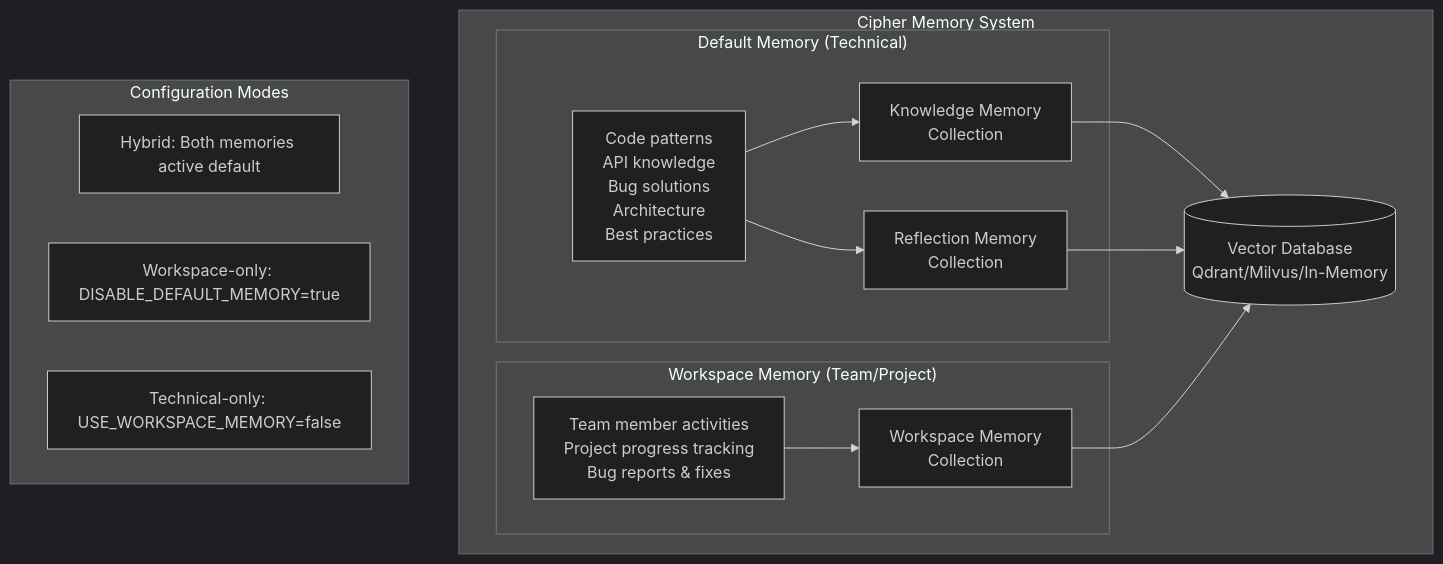
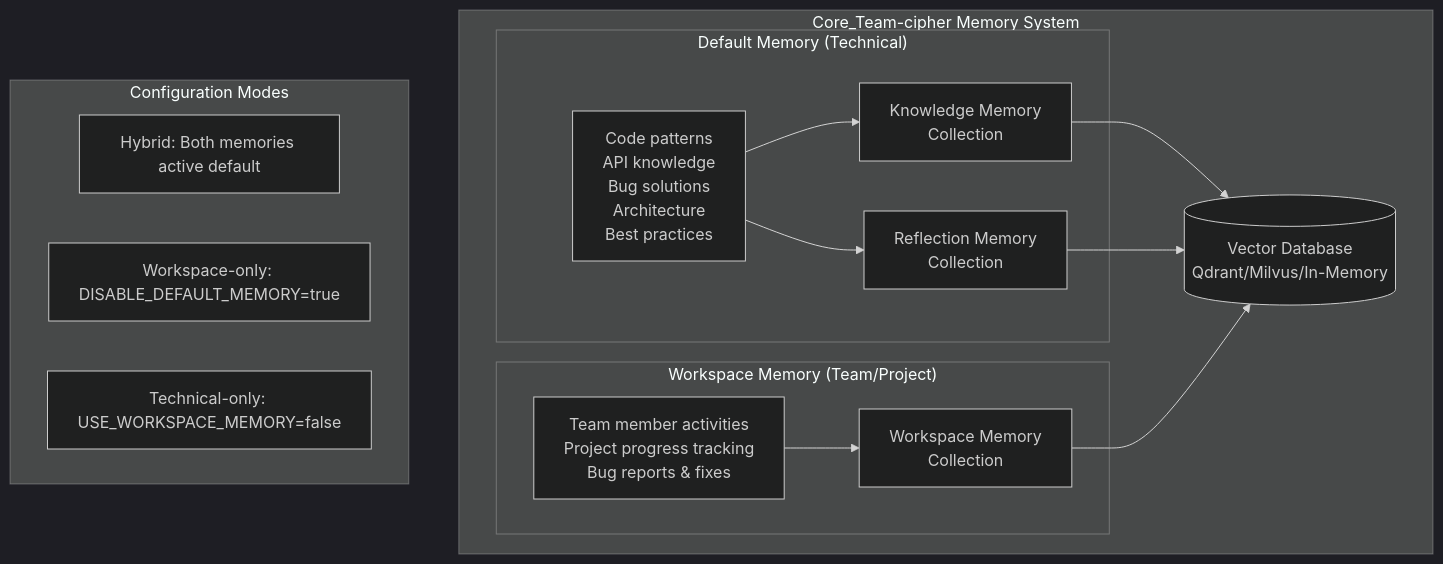
Before and after one commit to DerAuctor/ct-cipher: the diagram in docs/workspace-memory.md, drawn with Mermaid (dark theme). The commit also changed other lines of this file and 147 other files, not shown here.

````diff
--- a/docs/workspace-memory.md
+++ b/docs/workspace-memory.md
@@ -170,25 +170,25 @@
 ```mermaid
 graph TB
-    subgraph "Cipher Memory System"
+    subgraph "Core_Team-cipher Memory System"
         subgraph "Default Memory (Technical)"
             DM1[Code patterns<br/>API knowledge<br/>Bug solutions<br/>Architecture<br/>Best practices]
             DM1 --> KC[Knowledge Memory<br/>Collection]
             DM1 --> RC[Reflection Memory<br/>Collection]
         end
 
         subgraph "Workspace Memory (Team/Project)"
             WM1[Team member activities<br/>Project progress tracking<br/>Bug reports & fixes]
             WM1 --> WC[Workspace Memory<br/>Collection]
         end
 
         KC --> VDB[(Vector Database<br/>Qdrant/Milvus/In-Memory)]
         RC --> VDB
         WC --> VDB
     end
 
     subgraph "Configuration Modes"
         MODE1[Hybrid: Both memories active default]
         MODE2[Workspace-only: DISABLE_DEFAULT_MEMORY=true]
         MODE3[Technical-only: USE_WORKSPACE_MEMORY=false]
     end
 ```
````
